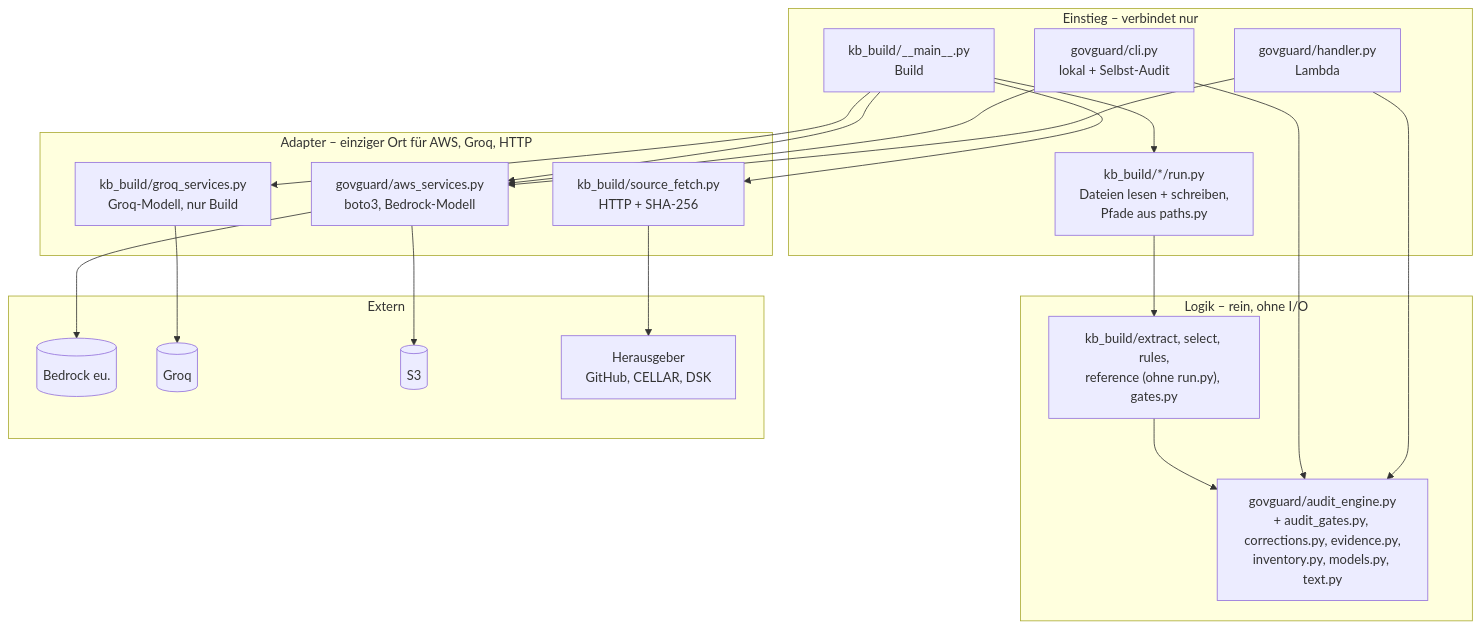
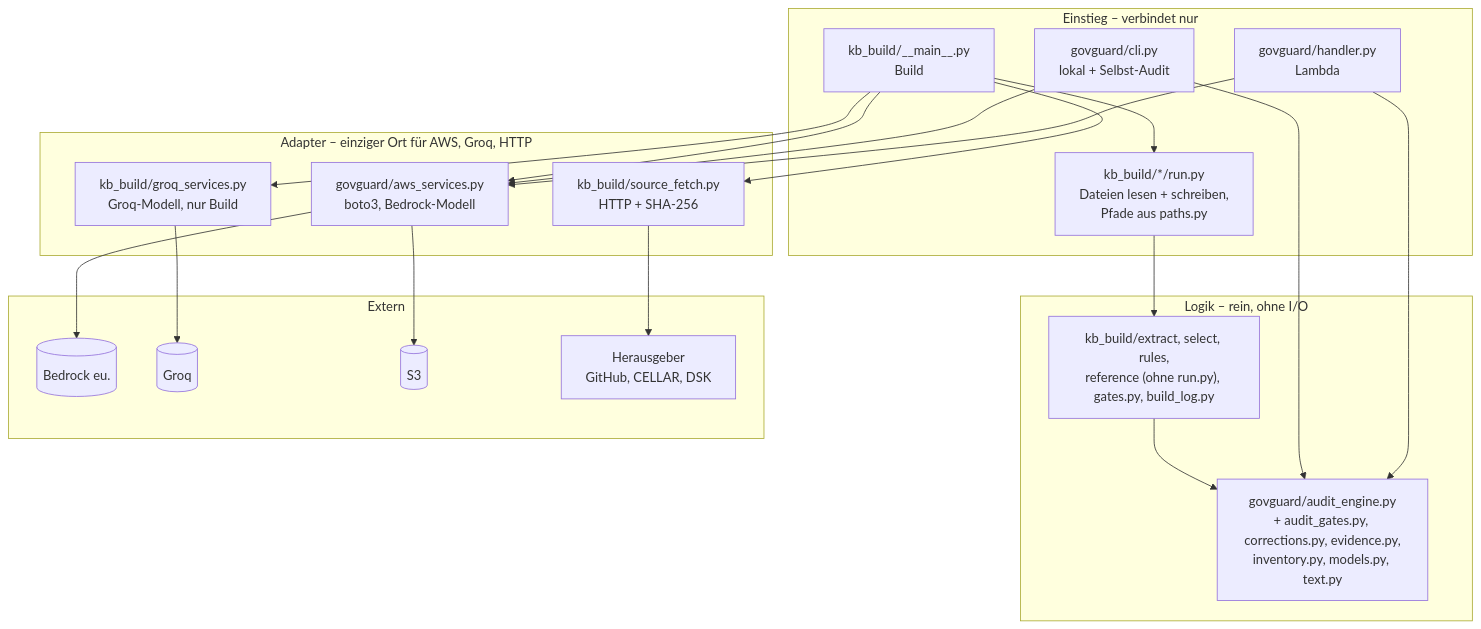
Before and after one commit to Daniel74/GovGuard: the fourth of 4 diagrams in docs/ARCHITECTURE.md, drawn with Mermaid. The commit also changed other lines of this file and 11 other files, not shown here.

Commit message:
#30 Build-Log: Grund jedes Retries in select (und Schema-Retries in rules) - completed, missing files

````diff
--- a/docs/ARCHITECTURE.md
+++ b/docs/ARCHITECTURE.md
@@ -233,32 +233,32 @@
 ```mermaid
 flowchart TB
   subgraph E["Einstieg – verbindet nur"]
     H["govguard/handler.py<br/>Lambda"]
     C["govguard/cli.py<br/>lokal + Selbst-Audit"]
     M["kb_build/__main__.py<br/>Build"]
     R["kb_build/*/run.py<br/>Dateien lesen + schreiben,<br/>Pfade aus paths.py"]
   end
   subgraph L["Logik – rein, ohne I/O"]
     AE["govguard/audit_engine.py<br/>+ audit_gates.py, corrections.py, evidence.py,<br/>inventory.py, models.py, text.py"]
-    KB["kb_build/extract, select, rules,<br/>reference (ohne run.py), gates.py"]
+    KB["kb_build/extract, select, rules,<br/>reference (ohne run.py), gates.py, build_log.py"]
   end
   subgraph A["Adapter – einziger Ort für AWS, Groq, HTTP"]
     AWS["govguard/aws_services.py<br/>boto3, Bedrock-Modell"]
     GQ["kb_build/groq_services.py<br/>Groq-Modell, nur Build"]
     FE["kb_build/source_fetch.py<br/>HTTP + SHA-256"]
   end
   subgraph X["Extern"]
     B[("Bedrock eu.")]
     G[("Groq")]
     S3[("S3")]
     HG["Herausgeber<br/>GitHub, CELLAR, DSK"]
   end
   H & C --> AE
   H & C --> AWS
   M --> R --> KB
   M --> AWS & GQ & FE
   KB --> AE
   AWS --> B & S3
   GQ --> G
   FE --> HG
 ```
````
